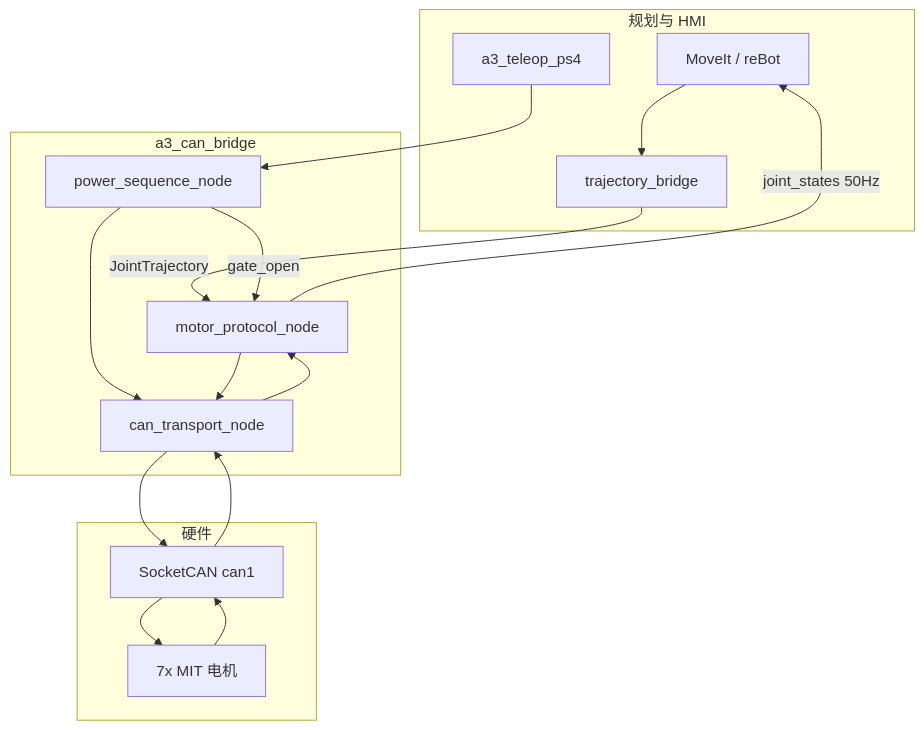
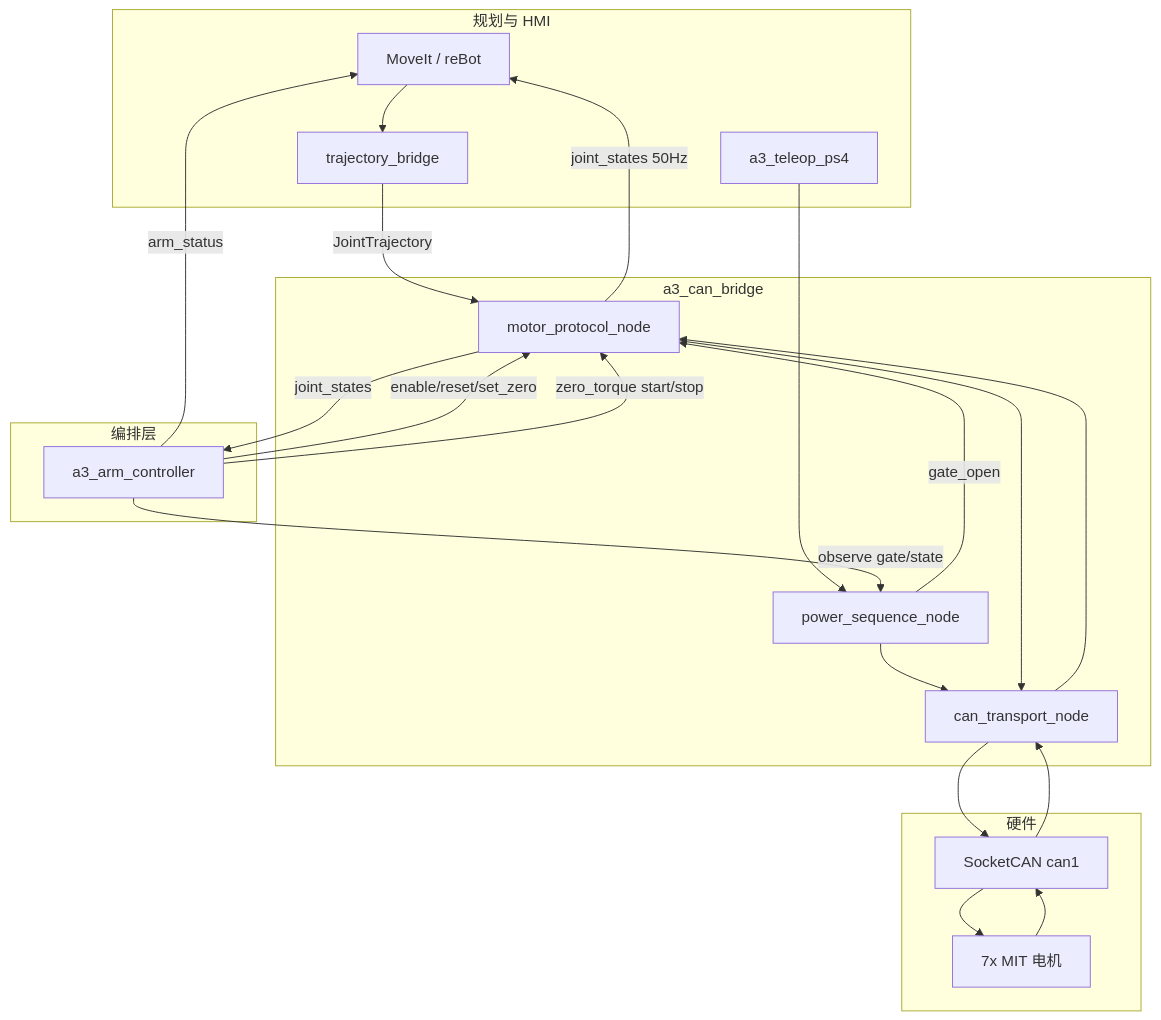
Before and after one commit to deep-diary/a3_arm_ws: the diagram in docs/edge/ARCHITECTURE.md, drawn with Mermaid. The commit also changed other lines of this file and 32 other files, not shown here.

First line of the commit message:
Add F21 arm orchestration facade and extend MQTT bridge telemetry.

````diff
--- a/docs/edge/ARCHITECTURE.md
+++ b/docs/edge/ARCHITECTURE.md
@@ -22,30 +23,39 @@
 ```mermaid
 flowchart TB
     subgraph planning [规划与 HMI]
         MoveIt["MoveIt / reBot"]
         PS4["a3_teleop_ps4"]
         TrajBridge["trajectory_bridge"]
+    end
+
+    subgraph orchestration [编排层]
+        ArmCtrl["a3_arm_controller"]
     end
 
     subgraph execution [a3_can_bridge]
         MotorProto["motor_protocol_node"]
         PowerSeq["power_sequence_node"]
         CanTransport["can_transport_node"]
     end
 
     subgraph hardware [硬件]
         CAN["SocketCAN can1"]
         Motors["7x MIT 电机"]
     end
 
     MoveIt --> TrajBridge
     PS4 --> PowerSeq
+    ArmCtrl -->|"enable/reset/set_zero"| MotorProto
+    ArmCtrl -->|"zero_torque start/stop"| MotorProto
+    ArmCtrl -->|"observe gate/state"| PowerSeq
     TrajBridge -->|"JointTrajectory"| MotorProto
     PowerSeq -->|"gate_open"| MotorProto
     PowerSeq --> CanTransport
     MotorProto --> CanTransport
     CanTransport --> CAN --> Motors
     Motors --> CAN --> CanTransport
     CanTransport --> MotorProto
     MotorProto -->|"joint_states 50Hz"| MoveIt
+    MotorProto -->|"joint_states"| ArmCtrl
+    ArmCtrl -->|"arm_status"| MoveIt
 ```
````
